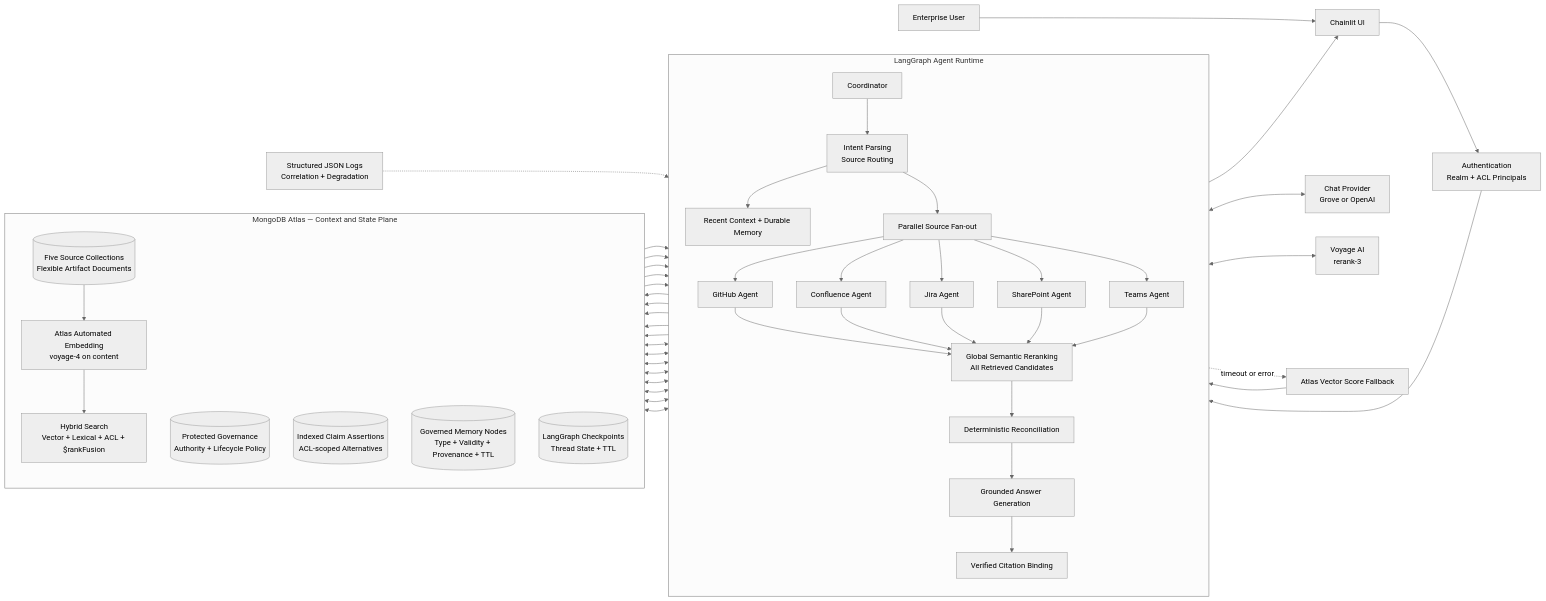
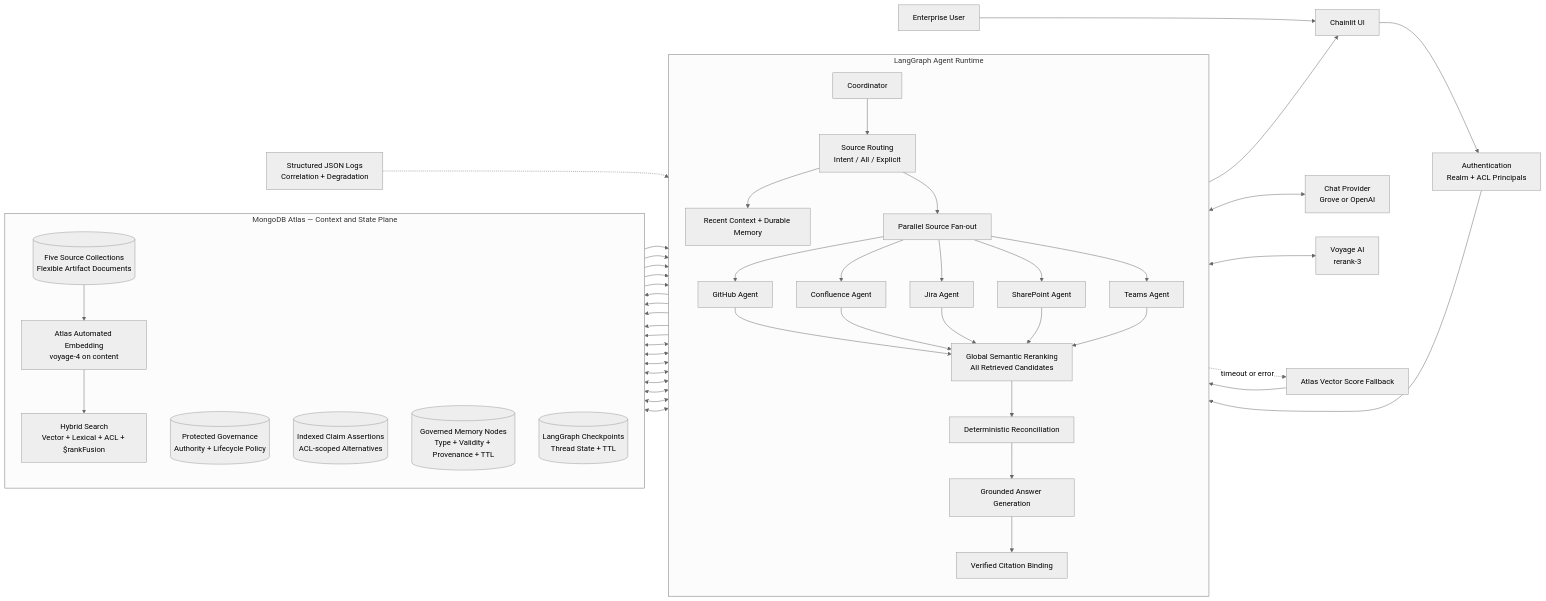
Before and after one commit to alxmancilla/Context_Retrieval_Demo: the diagram in ARCHITECTURE.md, drawn with Mermaid (neutral theme). The commit also changed other lines of this file and 13 other files, not shown here.

Commit message:
feat: add source routing comparison mode

````diff
--- a/ARCHITECTURE.md
+++ b/ARCHITECTURE.md
@@ -9,51 +9,51 @@
 ```mermaid
 flowchart LR
     U[Enterprise User] --> UI[Chainlit UI]
     UI --> SEC[Authentication<br/>Realm + ACL Principals]
     SEC --> LG
 
     subgraph APP[LangGraph Agent Runtime]
         direction TB
-        LG[Coordinator] --> INT[Intent Parsing<br/>Source Routing]
+        LG[Coordinator] --> INT[Source Routing<br/>Intent / All / Explicit]
         INT --> MEM[Recent Context + Durable Memory]
         INT --> FAN[Parallel Source Fan-out]
         FAN --> GH[GitHub Agent]
         FAN --> CF[Confluence Agent]
         FAN --> JI[Jira Agent]
         FAN --> SP[SharePoint Agent]
         FAN --> TM[Teams Agent]
         GH --> RR[Global Semantic Reranking<br/>All Retrieved Candidates]
         CF --> RR
         JI --> RR
         SP --> RR
         TM --> RR
         RR --> REC[Deterministic Reconciliation]
         REC --> GEN[Grounded Answer Generation]
         GEN --> CIT[Verified Citation Binding]
     end
 
     subgraph ATLAS[MongoDB Atlas — Context and State Plane]
         direction TB
         SRC[(Five Source Collections<br/>Flexible Artifact Documents)]
         EMB[Atlas Automated Embedding<br/>voyage-4 on content]
         IDX[Hybrid Search<br/>Vector + Lexical + ACL + $rankFusion]
         REG[(Protected Governance<br/>Authority + Lifecycle Policy)]
         CLM[(Indexed Claim Assertions<br/>ACL-scoped Alternatives)]
         SM[(Governed Memory Nodes<br/>Type + Validity + Provenance + TTL)]
         CP[(LangGraph Checkpoints<br/>Thread State + TTL)]
         SRC --> EMB --> IDX
     end
 
     GH & CF & JI & SP & TM --> IDX
     IDX --> GH & CF & JI & SP & TM
     MEM <--> SM
     REC <--> REG
     GH & CF & JI & SP & TM <--> CLM
     LG <--> CP
     GEN <--> CHAT[Chat Provider<br/>Grove or OpenAI]
     RR <--> VOYAGE[Voyage AI<br/>rerank-3]
     RR -. timeout or error .-> FALLBACK[Atlas Vector Score Fallback]
     FALLBACK --> REC
     CIT --> UI
     OBS[Structured JSON Logs<br/>Correlation + Degradation] -.-> APP
 ```
````
